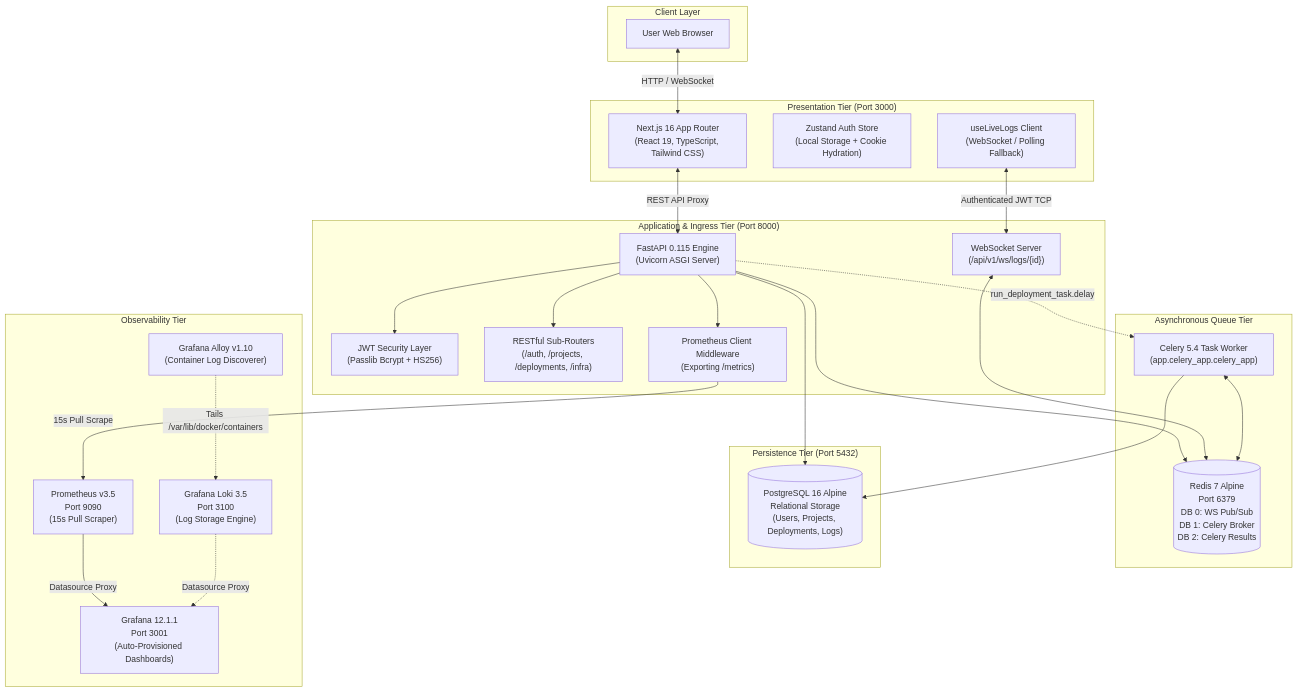
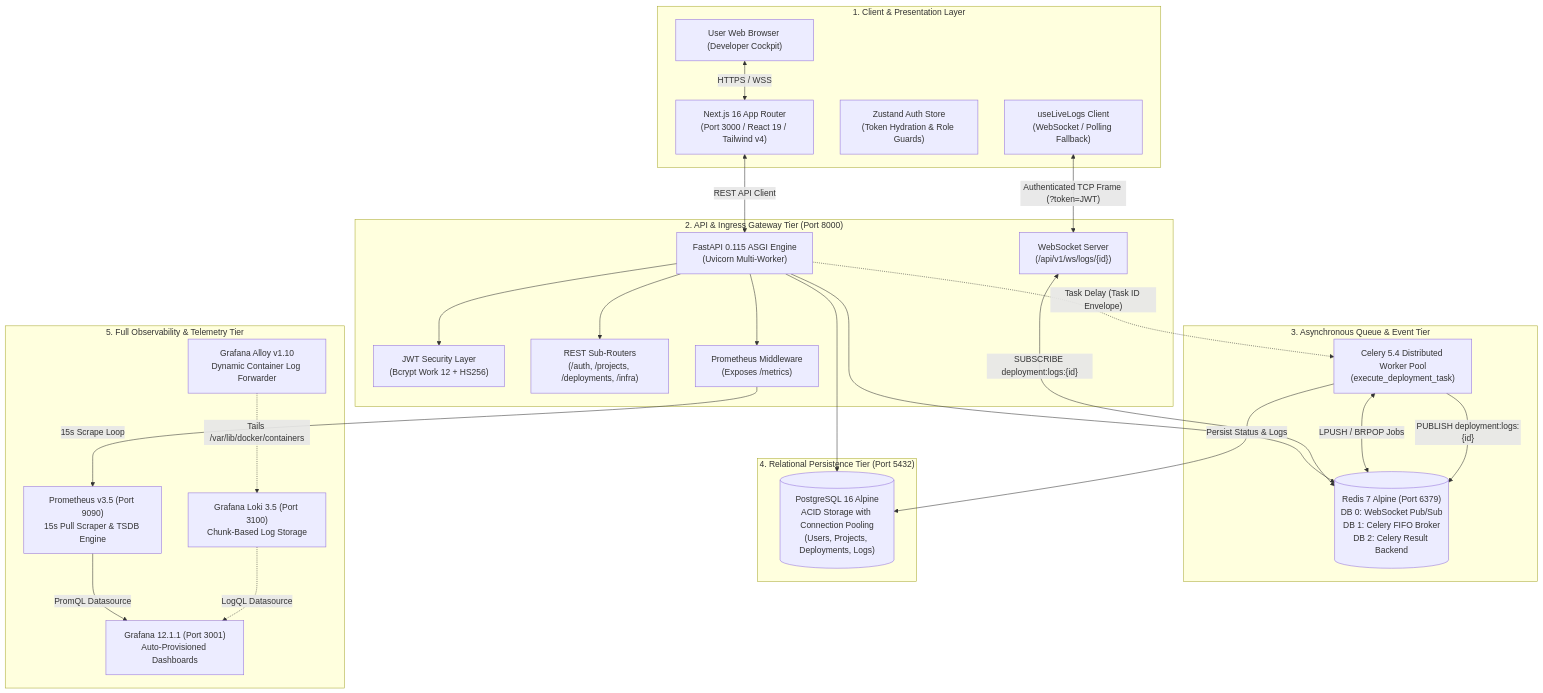
One commit to satviashwin369-creator/StackForge changed the first of 10 diagrams in docs/Architecture.md. Above: the diagram before and after it, drawn with Mermaid. The commit also changed other lines of this file and 7 other files, not shown here.

Commit message:
docs(arch): add comprehensive system design diagrams (HLD, LLD, K8s, Docker, WS, ERD) and interactive visualizer

````diff
--- a/docs/Architecture.md
+++ b/docs/Architecture.md
@@ -17,56 +21,54 @@
 ```mermaid
 flowchart TD
-    subgraph ClientLayer ["Client Layer"]
-        Browser["User Web Browser"]
-    end
-
-    subgraph PresentationTier ["Presentation Tier (Port 3000)"]
-        NextApp["Next.js 16 App Router<br/>(React 19, TypeScript, Tailwind CSS)"]
-        ZustandStore["Zustand Auth Store<br/>(Local Storage + Cookie Hydration)"]
+    subgraph ClientLayer ["1. Client & Presentation Layer"]
+        Browser["User Web Browser (Developer Cockpit)"]
+        NextApp["Next.js 16 App Router<br/>(Port 3000 / React 19 / Tailwind v4)"]
+        ZustandStore["Zustand Auth Store<br/>(Token Hydration & Role Guards)"]
         WSClient["useLiveLogs Client<br/>(WebSocket / Polling Fallback)"]
     end
 
-    subgraph APITier ["Application & Ingress Tier (Port 8000)"]
-        FastAPI["FastAPI 0.115 Engine<br/>(Uvicorn ASGI Server)"]
-        JWTAuth["JWT Security Layer<br/>(Passlib Bcrypt + HS256)"]
-        Router["RESTful Sub-Routers<br/>(/auth, /projects, /deployments, /infra)"]
+    subgraph IngressTier ["2. API & Ingress Gateway Tier (Port 8000)"]
+        FastAPI["FastAPI 0.115 ASGI Engine<br/>(Uvicorn Multi-Worker)"]
+        JWTAuth["JWT Security Layer<br/>(Bcrypt Work 12 + HS256)"]
+        APIRouters["REST Sub-Routers<br/>(/auth, /projects, /deployments, /infra)"]
         WSServer["WebSocket Server<br/>(/api/v1/ws/logs/{id})"]
-        PrometheusClient["Prometheus Client Middleware<br/>(Exporting /metrics)"]
+        PrometheusClient["Prometheus Middleware<br/>(Exposes /metrics)"]
     end
 
-    subgraph AsyncTier ["Asynchronous Queue Tier"]
-        CeleryWorker["Celery 5.4 Task Worker<br/>(app.celery_app.celery_app)"]
-        Redis[("Redis 7 Alpine<br/>Port 6379<br/>DB 0: WS Pub/Sub<br/>DB 1: Celery Broker<br/>DB 2: Celery Results")]
+    subgraph AsyncTier ["3. Asynchronous Queue & Event Tier"]
+        CeleryWorker["Celery 5.4 Distributed Worker Pool<br/>(execute_deployment_task)"]
+        RedisPubSub[("Redis 7 Alpine (Port 6379)<br/>DB 0: WebSocket Pub/Sub<br/>DB 1: Celery FIFO Broker<br/>DB 2: Celery Result Backend")]
     end
 
-    subgraph DataTier ["Persistence Tier (Port 5432)"]
-        Postgres[("PostgreSQL 16 Alpine<br/>Relational Storage<br/>(Users, Projects, Deployments, Logs)")]
+    subgraph PersistenceTier ["4. Relational Persistence Tier (Port 5432)"]
+        Postgres[("PostgreSQL 16 Alpine<br/>ACID Storage with Connection Pooling<br/>(Users, Projects, Deployments, Logs)")]
     end
 
-    subgraph TelemetryTier ["Observability Tier"]
-        Prometheus["Prometheus v3.5<br/>Port 9090<br/>(15s Pull Scraper)"]
-        Grafana["Grafana 12.1.1<br/>Port 3001<br/>(Auto-Provisioned Dashboards)"]
-        Loki["Grafana Loki 3.5<br/>Port 3100<br/>(Log Storage Engine)"]
-        Alloy["Grafana Alloy v1.10<br/>(Container Log Discoverer)"]
+    subgraph ObservabilityTier ["5. Full Observability & Telemetry Tier"]
+        Prometheus["Prometheus v3.5 (Port 9090)<br/>15s Pull Scraper & TSDB Engine"]
+        Grafana["Grafana 12.1.1 (Port 3001)<br/>Auto-Provisioned Dashboards"]
+        Loki["Grafana Loki 3.5 (Port 3100)<br/>Chunk-Based Log Storage"]
+        Alloy["Grafana Alloy v1.10<br/>Dynamic Container Log Forwarder"]
     end
 
-    Browser <-->|HTTP / WebSocket| NextApp
-    NextApp <-->|REST API Proxy| FastAPI
-    WSClient <-->|Authenticated JWT TCP| WSServer
-    
+    Browser <-->|"HTTPS / WSS"| NextApp
+    NextApp <-->|"REST API Client"| FastAPI
+    WSClient <-->|"Authenticated TCP Frame (?token=JWT)"| WSServer
+
     FastAPI --> JWTAuth
-    FastAPI --> Router
+    FastAPI --> APIRouters
     FastAPI --> Postgres
-    FastAPI --> Redis
-    WSServer <--> Redis
-    
-    FastAPI -.->|run_deployment_task.delay| CeleryWorker
-    CeleryWorker <--> Redis
-    CeleryWorker --> Postgres
+    FastAPI --> RedisPubSub
+    WSServer <-->|"SUBSCRIBE deployment:logs:{id}"| RedisPubSub
+
+    FastAPI -.->|"Task Delay (Task ID Envelope)"| CeleryWorker
+    CeleryWorker <-->|"LPUSH / BRPOP Jobs"| RedisPubSub
+    CeleryWorker -->|"Persist Status & Logs"| Postgres
+    CeleryWorker -->|"PUBLISH deployment:logs:{id}"| RedisPubSub
 
     FastAPI --> PrometheusClient
-    PrometheusClient -->|15s Pull Scrape| Prometheus
-    Prometheus -->|Datasource Proxy| Grafana
-    Alloy -.->|Tails /var/lib/docker/containers| Loki
-    Loki -.->|Datasource Proxy| Grafana
+    PrometheusClient -->|"15s Scrape Loop"| Prometheus
+    Prometheus -->|"PromQL Datasource"| Grafana
+    Alloy -.->|"Tails /var/lib/docker/containers"| Loki
+    Loki -.->|"LogQL Datasource"| Grafana
 ```
````
